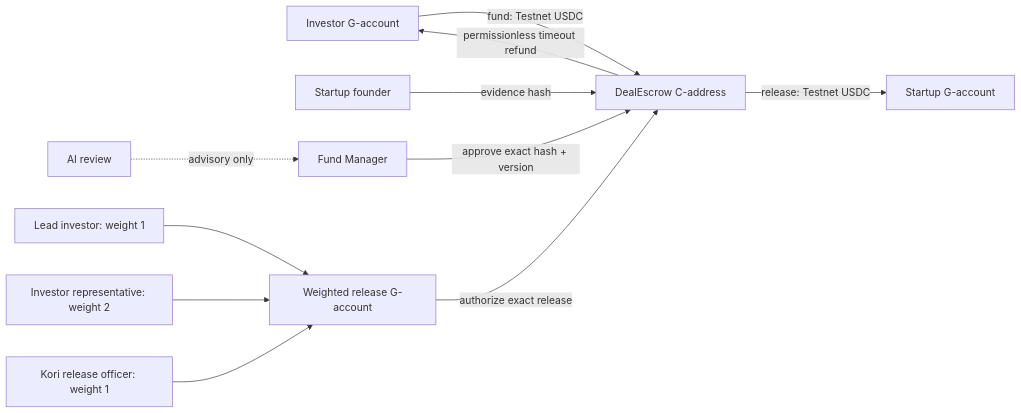
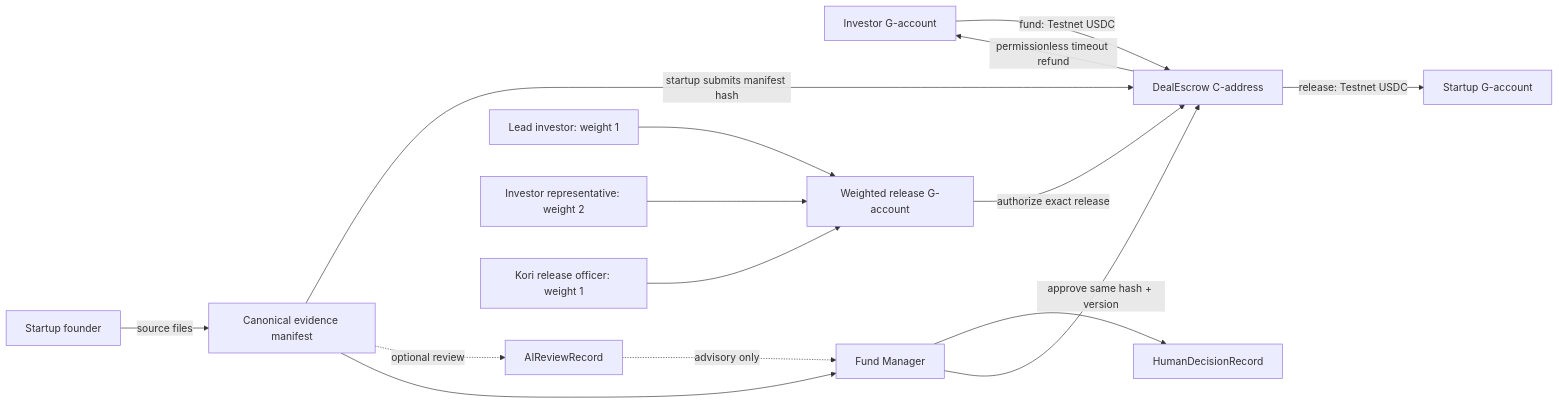
The diagram in packages/stellar-contracts/AI_CONTEXT.md (KoriVenture/kori-mvp), drawn with Mermaid before and after one commit. The commit also changed other lines of this file and 14 other files, not shown here.

Commit message:
docs(architecture): remove circular AI evidence hash

````diff
--- a/packages/stellar-contracts/AI_CONTEXT.md
+++ b/packages/stellar-contracts/AI_CONTEXT.md
@@ -21,13 +23,17 @@
 ```mermaid
 flowchart LR
   Investor[Investor G-account] -->|fund: Testnet USDC| Escrow[DealEscrow C-address]
-  Founder[Startup founder] -->|evidence hash| Escrow
-  AI[AI review] -. "advisory only" .-> Manager[Fund Manager]
-  Manager -->|approve exact hash + version| Escrow
+  Founder[Startup founder] -->|source files| Manifest[Canonical evidence manifest]
+  Manifest -->|startup submits manifest hash| Escrow
+  Manifest -. optional review .-> AIRecord[AIReviewRecord]
+  AIRecord -. "advisory only" .-> Manager[Fund Manager]
+  Manifest --> Manager
+  Manager --> Decision[HumanDecisionRecord]
+  Manager -->|approve same hash + version| Escrow
   Lead[Lead investor: weight 1] --> Authority[Weighted release G-account]
   Representative[Investor representative: weight 2] --> Authority
   Kori[Kori release officer: weight 1] --> Authority
   Authority -->|authorize exact release| Escrow
   Escrow -->|release: Testnet USDC| Startup[Startup G-account]
   Escrow -->|permissionless timeout refund| Investor
 ```
````
